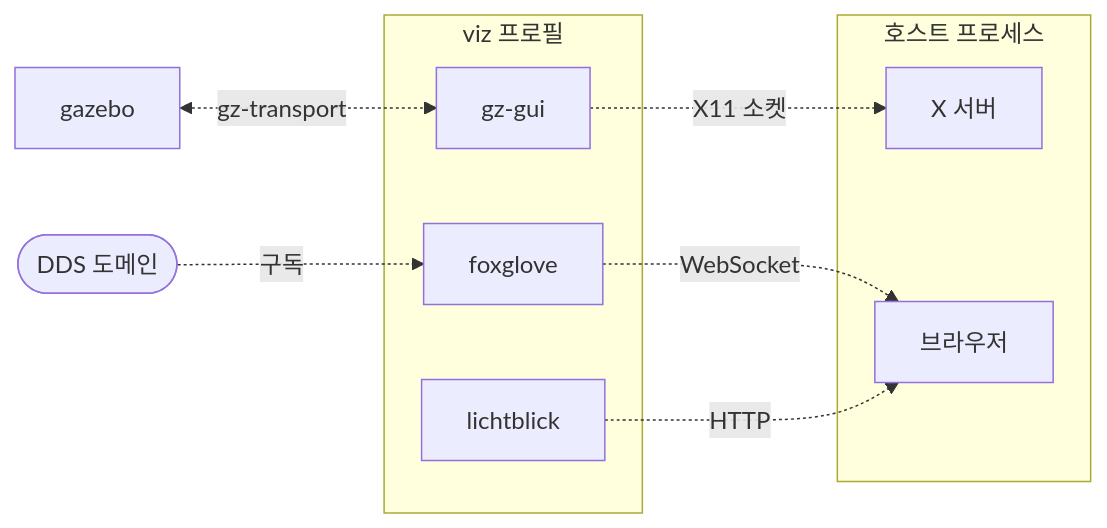
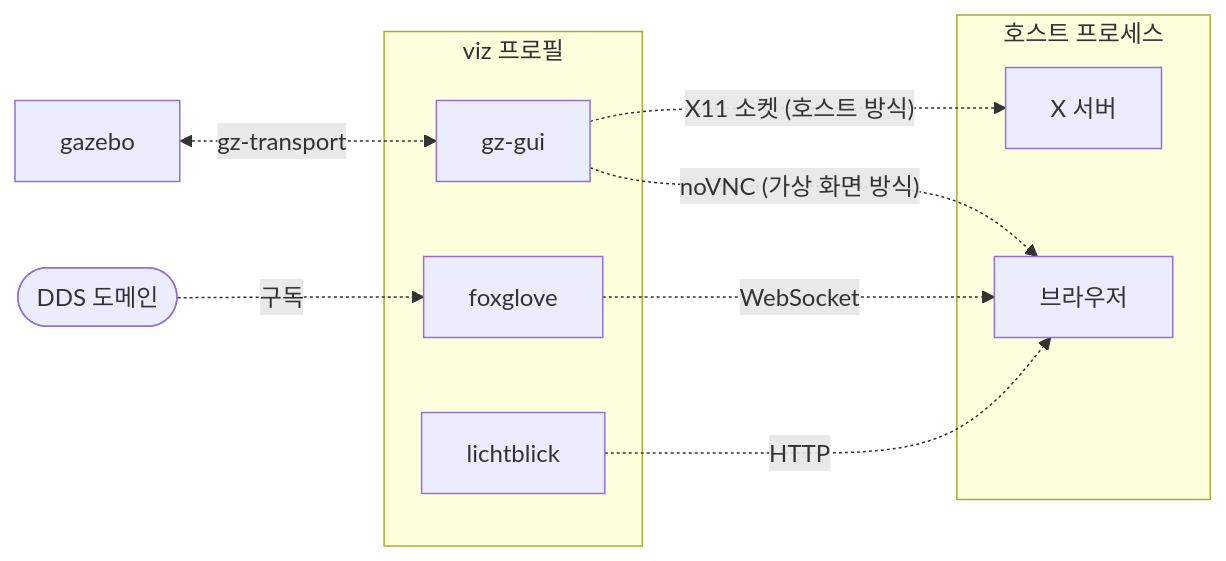
One commit to danielhongwoo/idsim changed the seventh of 9 diagrams in docs/architecture.md. Above: the diagram before and after it, drawn with Mermaid. The commit also changed other lines of this file and 20 other files, not shown here.

````diff
--- a/docs/architecture.md
+++ b/docs/architecture.md
@@ -400,20 +400,21 @@
 ```mermaid
 flowchart LR
   GZ3["gazebo"]
   DDS3(["DDS 도메인"])
   subgraph VIZC["viz 프로필"]
     GUI["gz-gui"]
     FOX["foxglove"]
     LB["lichtblick"]
   end
   subgraph HOSTC["호스트 프로세스"]
     XS["X 서버"]
     WEB["브라우저"]
   end
 
   GZ3 <-.->|"gz-transport"| GUI
-  GUI -.->|"X11 소켓"| XS
+  GUI -.->|"X11 소켓 (호스트 방식)"| XS
+  GUI -.->|"noVNC (가상 화면 방식)"| WEB
   DDS3 -.->|"구독"| FOX
   FOX -.->|"WebSocket"| WEB
   LB -.->|"HTTP"| WEB
 ```
````
